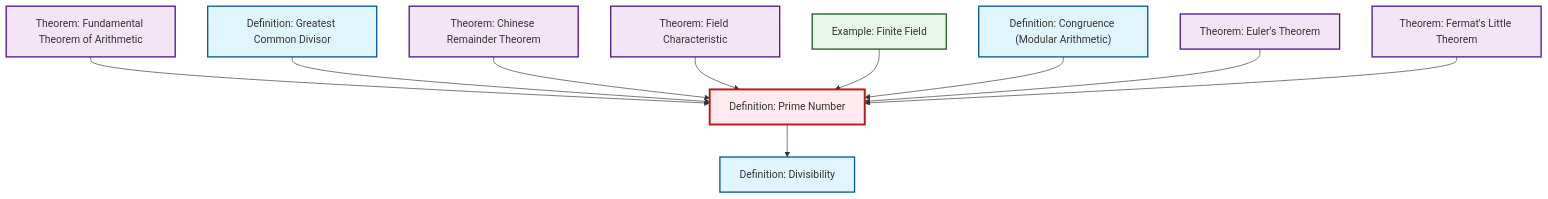
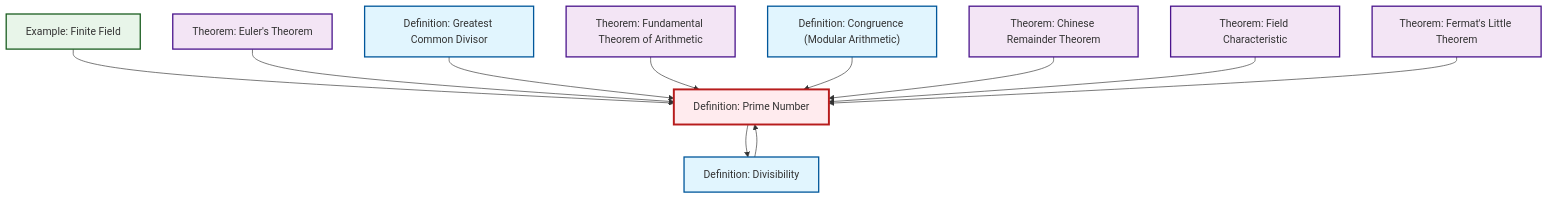
The diagram in content/en/number-theory/def-prime.qmd (RK0429/ModernMath), drawn with Mermaid before and after one commit. The commit also changed 531 other files, not shown here.

````diff
--- a/content/en/number-theory/def-prime.qmd
+++ b/content/en/number-theory/def-prime.qmd
@@ -55,38 +55,39 @@
 ```{mermaid}
 %%| fig-cap: "Local dependency graph"
 graph TD
     classDef definition fill:#e1f5fe,stroke:#01579b,stroke-width:2px
     classDef theorem fill:#f3e5f5,stroke:#4a148c,stroke-width:2px
     classDef axiom fill:#fff3e0,stroke:#e65100,stroke-width:2px
     classDef example fill:#e8f5e9,stroke:#1b5e20,stroke-width:2px
     classDef current fill:#ffebee,stroke:#b71c1c,stroke-width:3px
-    def-prime["Definition: Prime Number"]:::definition
+    thm-chinese-remainder["Theorem: Chinese Remainder Theorem"]:::theorem
+    def-divisibility["Definition: Divisibility"]:::definition
+    ex-finite-field["Example: Finite Field"]:::example
     thm-fundamental-arithmetic["Theorem: Fundamental Theorem of Arithmetic"]:::theorem
-    def-gcd["Definition: Greatest Common Divisor"]:::definition
-    def-divisibility["Definition: Divisibility"]:::definition
-    thm-chinese-remainder["Theorem: Chinese Remainder Theorem"]:::theorem
-    def-congruence["Definition: Congruence (Modular Arithmetic)"]:::definition
-    ex-finite-field["Example: Finite Field"]:::example
     thm-euler["Theorem: Euler's Theorem"]:::theorem
     thm-fermat-little["Theorem: Fermat's Little Theorem"]:::theorem
+    def-congruence["Definition: Congruence (Modular Arithmetic)"]:::definition
+    def-gcd["Definition: Greatest Common Divisor"]:::definition
     thm-field-characteristic["Theorem: Field Characteristic"]:::theorem
+    def-prime["Definition: Prime Number"]:::definition
+    def-prime --> def-divisibility
+    ex-finite-field --> def-prime
+    thm-euler --> def-prime
+    def-gcd --> def-prime
     thm-fundamental-arithmetic --> def-prime
-    def-gcd --> def-prime
-    def-prime --> def-divisibility
+    def-congruence --> def-prime
     thm-chinese-remainder --> def-prime
     thm-field-characteristic --> def-prime
-    ex-finite-field --> def-prime
-    def-congruence --> def-prime
-    thm-euler --> def-prime
+    def-divisibility --> def-prime
     thm-fermat-little --> def-prime
     class def-prime current
+    click thm-chinese-remainder "thm-chinese-remainder.html" "Go to Chinese Remainder Theorem theorem"
+    click def-divisibility "def-divisibility.html" "Go to Divisibility definition"
+    click ex-finite-field "ex-finite-field.html" "Go to Finite Field example"
     click thm-fundamental-arithmetic "thm-fundamental-arithmetic.html" "Go to Fundamental Theorem of Arithmetic theorem"
-    click def-gcd "def-gcd.html" "Go to Greatest Common Divisor definition"
-    click def-divisibility "def-divisibility.html" "Go to Divisibility definition"
-    click thm-chinese-remainder "thm-chinese-remainder.html" "Go to Chinese Remainder Theorem theorem"
-    click def-congruence "def-congruence.html" "Go to Congruence (Modular Arithmetic) definition"
-    click ex-finite-field "ex-finite-field.html" "Go to Finite Field example"
     click thm-euler "thm-euler.html" "Go to Euler's Theorem theorem"
     click thm-fermat-little "thm-fermat-little.html" "Go to Fermat's Little Theorem theorem"
+    click def-congruence "def-congruence.html" "Go to Congruence (Modular Arithmetic) definition"
+    click def-gcd "def-gcd.html" "Go to Greatest Common Divisor definition"
     click thm-field-characteristic "thm-field-characteristic.html" "Go to Field Characteristic theorem"
 ```
````
